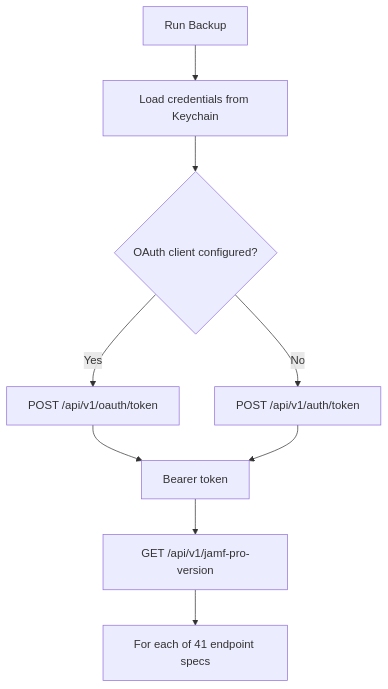
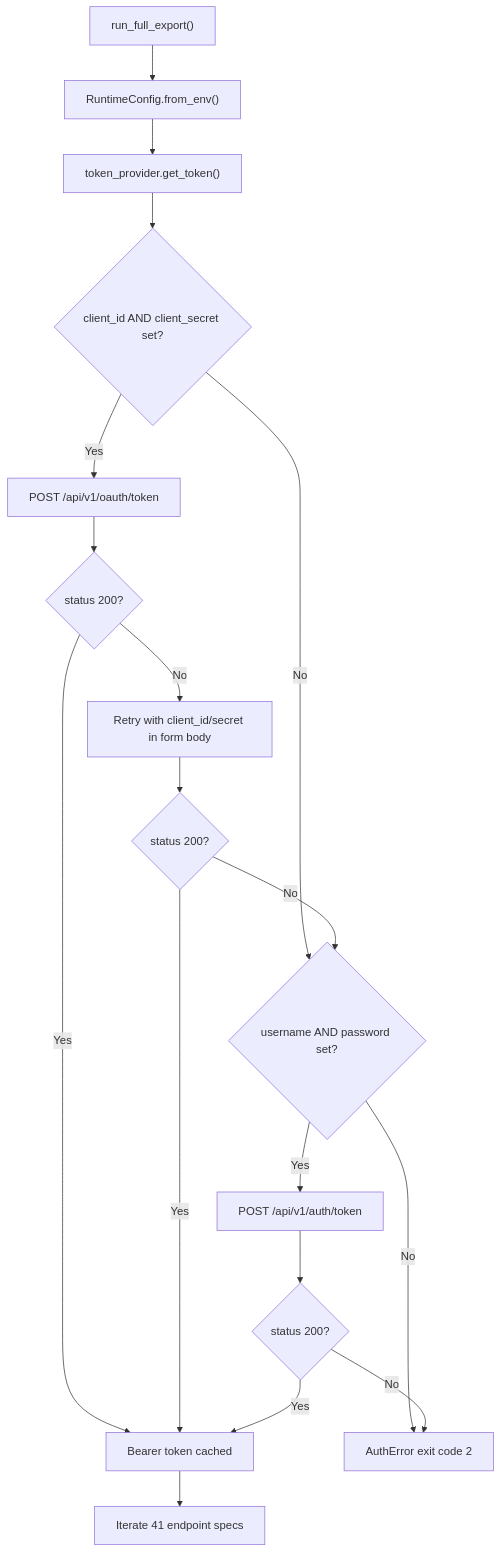
Before and after one commit to roto31/jamf-dossier: the second of 6 diagrams in docs/architecture.md, drawn with Mermaid. The commit also changed other lines of this file and 31 other files, not shown here.

````diff
--- a/docs/architecture.md
+++ b/docs/architecture.md
@@ -47,11 +95,20 @@
 ```mermaid
 flowchart TD
-  Start["Run Backup"] --> LoadKC["Load credentials from Keychain"]
-  LoadKC --> OAuthCheck{"OAuth client configured?"}
+  Start["run_full_export()"] --> LoadEnv["RuntimeConfig.from_env()"]
+  LoadEnv --> Preflight["token_provider.get_token()"]
+  Preflight --> OAuthCheck{"client_id AND client_secret set?"}
   OAuthCheck -->|Yes| OAuthReq["POST /api/v1/oauth/token"]
-  OAuthCheck -->|No| BasicReq["POST /api/v1/auth/token"]
-  OAuthReq --> TokenReady["Bearer token"]
-  BasicReq --> TokenReady
-  TokenReady --> Probe["GET /api/v1/jamf-pro-version"]
-  Probe --> Loop["For each of 41 endpoint specs"]
+  OAuthCheck -->|No| BasicCheck{"username AND password set?"}
+  OAuthReq --> OAuthOK{"status 200?"}
+  OAuthOK -->|No| OAuthBody["Retry with client_id/secret in form body"]
+  OAuthBody --> OAuthBodyOK{"status 200?"}
+  OAuthBodyOK -->|No| BasicCheck
+  OAuthOK -->|Yes| TokenReady["Bearer token cached"]
+  OAuthBodyOK -->|Yes| TokenReady
+  BasicCheck -->|Yes| BasicReq["POST /api/v1/auth/token"]
+  BasicCheck -->|No| AuthFail["AuthError exit code 2"]
+  BasicReq --> BasicOK{"status 200?"}
+  BasicOK -->|No| AuthFail
+  BasicOK -->|Yes| TokenReady
+  TokenReady --> CollectLoop["Iterate 41 endpoint specs"]
 ```
````
